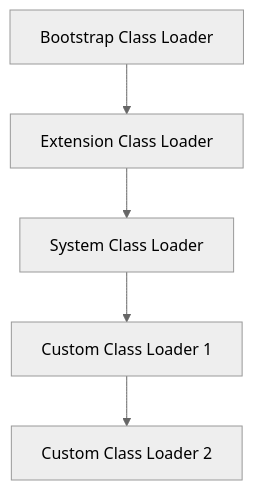
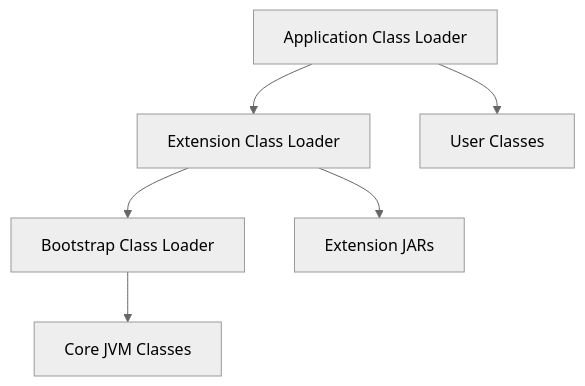
The diagram in jvm-internals-class-loading/README.md (VrushankPatel/interview-matters), drawn with Mermaid (neutral theme) before and after one commit. The commit also changed other lines of this file and 3 other files, not shown here.

````diff
--- a/jvm-internals-class-loading/README.md
+++ b/jvm-internals-class-loading/README.md
@@ -57,7 +32,8 @@
 ```mermaid
 graph TD
-    A[Bootstrap Class Loader] --> B[Extension Class Loader]
-    B --> C[System Class Loader]
-    C --> D[Custom Class Loader 1]
-    D --> E[Custom Class Loader 2]
+    A[Application Class Loader] --> B[Extension Class Loader]
+    B --> C[Bootstrap Class Loader]
+    C --> D[Core JVM Classes]
+    A --> E[User Classes]
+    B --> F[Extension JARs]
 ```
````
